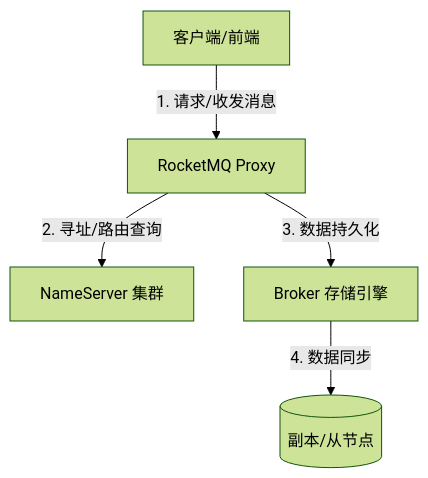
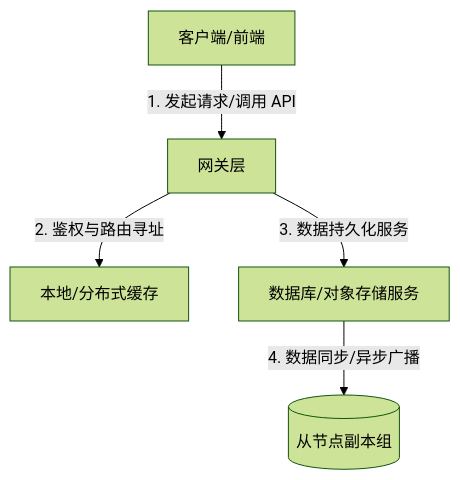
One commit to w779173278/skills changed the diagram in documentation-standards/resources/templates/00_文档导航总览_模板.md. Above: the diagram before and after it, drawn with Mermaid (forest theme). The commit also changed other lines of this file and 5 other files, not shown here.

````diff
--- a/documentation-standards/resources/templates/00_文档导航总览_模板.md
+++ b/documentation-standards/resources/templates/00_文档导航总览_模板.md
@@ -10,7 +10,7 @@
 ```mermaid
 graph TD
-    Client[客户端/前端] -->|1. 请求/收发消息| Proxy[RocketMQ Proxy]
-    Proxy -->|2. 寻址/路由查询| NameServer[NameServer 集群]
-    Proxy -->|3. 数据持久化| Broker[Broker 存储引擎]
-    Broker -->|4. 数据同步| Replica[(副本/从节点)]
+    Client[客户端/前端] -->|1. 发起请求/调用 API| Gateway[网关层]
+    Gateway -->|2. 鉴权与路由寻址| Cache[本地/分布式缓存]
+    Gateway -->|3. 数据持久化服务| Storage[数据库/对象存储服务]
+    Storage -->|4. 数据同步/异步广播| Replica[(从节点副本组)]
 ```
````
